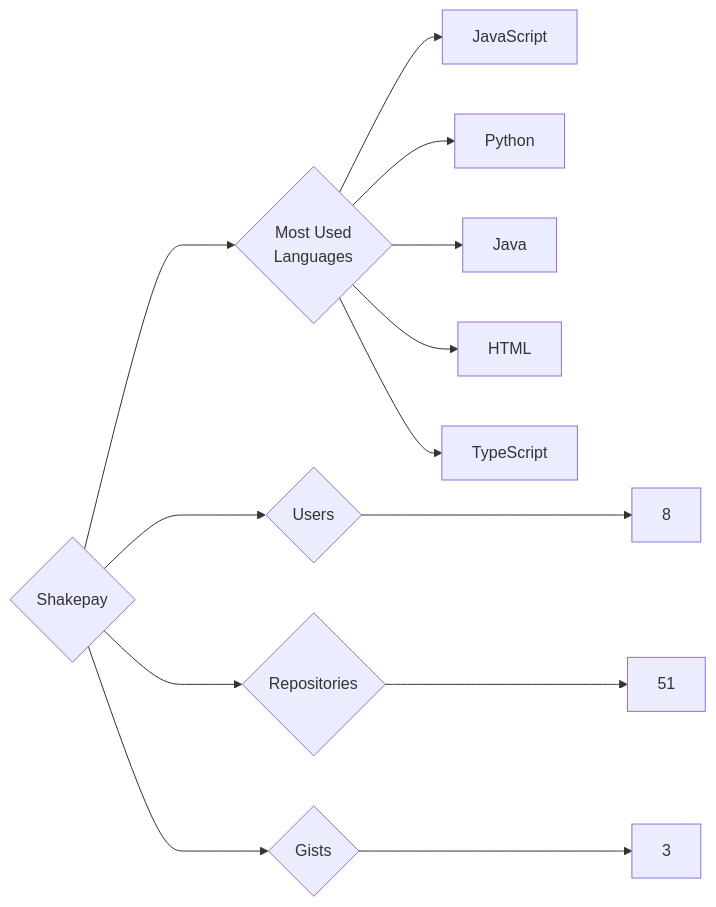
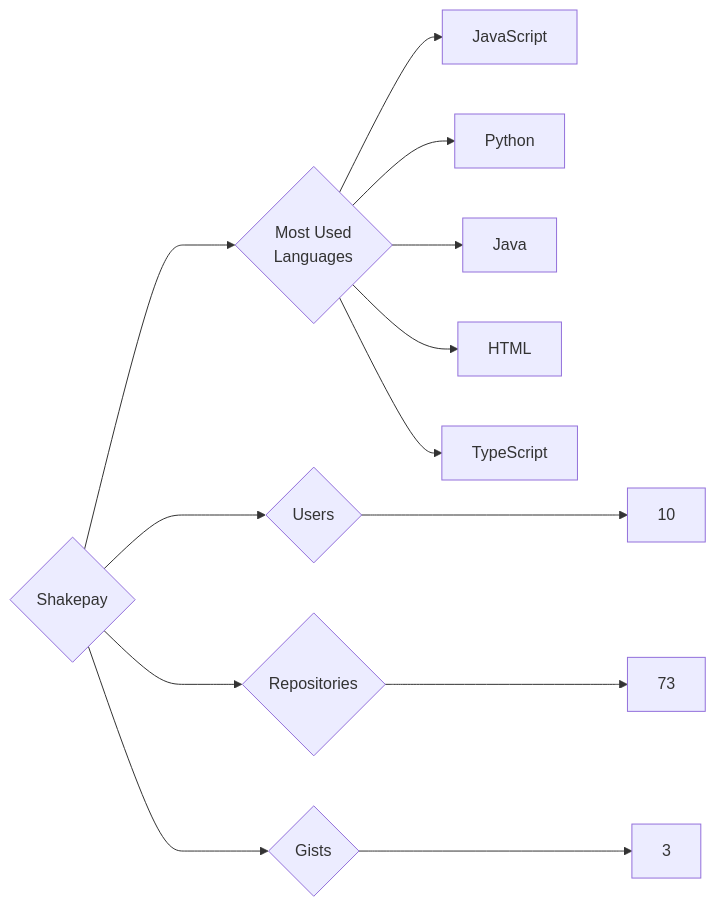
One commit to trickest/insiders changed the diagram in targets/Shakepay/README.md. Above: the diagram before and after it, drawn with Mermaid. The commit also changed 725 other files, not shown here.

````diff
--- a/targets/Shakepay/README.md
+++ b/targets/Shakepay/README.md
@@ -3,13 +3,13 @@
 ```mermaid
 graph LR
 COMPANY_NAME{Shakepay}
-COMPANY_NAME ---> U{Users} ---> UN[8]
-COMPANY_NAME ---> R{Repositories} ---> RN[51]
+COMPANY_NAME ---> U{Users} ---> UN[10]
+COMPANY_NAME ---> R{Repositories} ---> RN[73]
 COMPANY_NAME ---> G{Gists} ---> GN[3]
 COMPANY_NAME ---> ML{Most Used<br>Languages}
 ML --> JavaScript[JavaScript]
 ML --> Python[Python]
 ML --> Java[Java]
 ML --> HTML[HTML]
 ML --> TypeScript[TypeScript]
 ```
````
